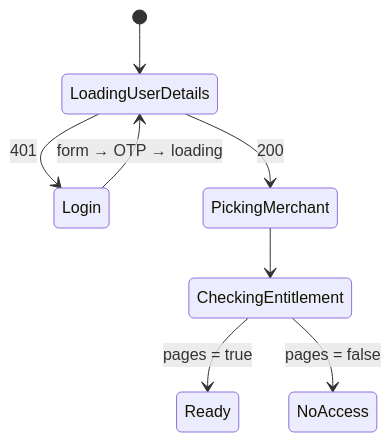
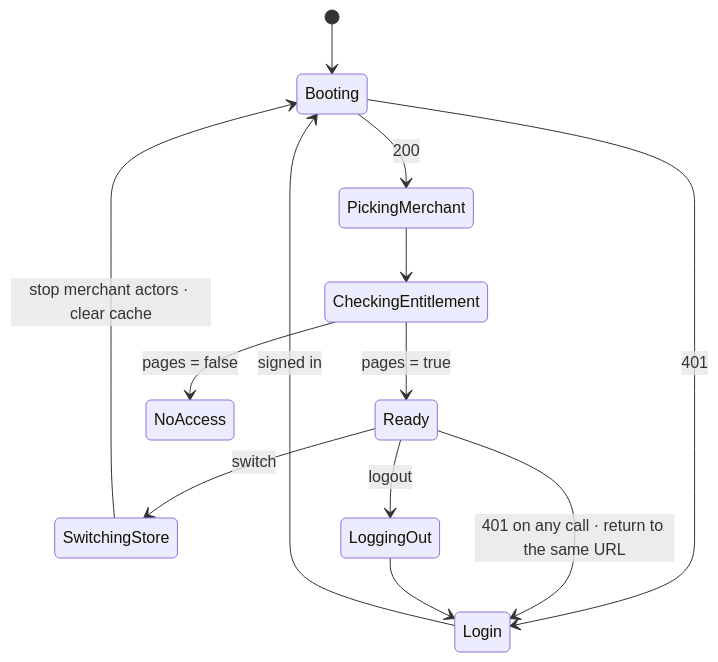
One commit to ashishkumar1-fe/new-gk-pages changed the first of 11 diagrams in docs/architecture/docs/machines.md. Above: the diagram before and after it, drawn with Mermaid. The commit also changed other lines of this file and 21 other files, not shown here.

````diff
--- a/docs/architecture/docs/machines.md
+++ b/docs/architecture/docs/machines.md
@@ -34,10 +39,15 @@
 ```mermaid
 stateDiagram-v2
-  [*] --> LoadingUserDetails
-  LoadingUserDetails --> Login: 401
-  Login --> LoadingUserDetails: form → OTP → loading
-  LoadingUserDetails --> PickingMerchant: 200
+  [*] --> Booting
+  Booting --> Login: 401
+  Booting --> PickingMerchant: 200
+  Login --> Booting: signed in
   PickingMerchant --> CheckingEntitlement
   CheckingEntitlement --> Ready: pages = true
   CheckingEntitlement --> NoAccess: pages = false
+  Ready --> SwitchingStore: switch
+  SwitchingStore --> Booting: stop merchant actors · clear cache
+  Ready --> Login: 401 on any call · return to the same URL
+  Ready --> LoggingOut: logout
+  LoggingOut --> Login
 ```
````
